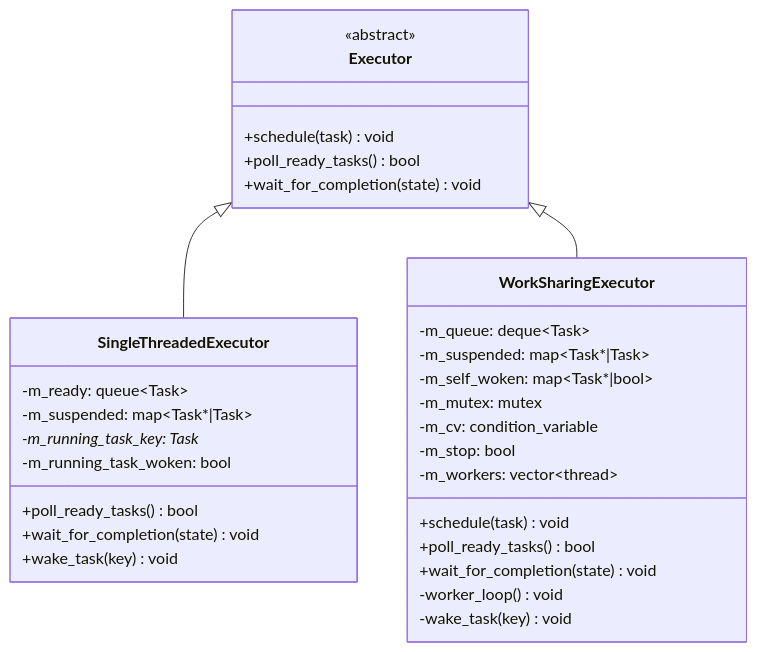
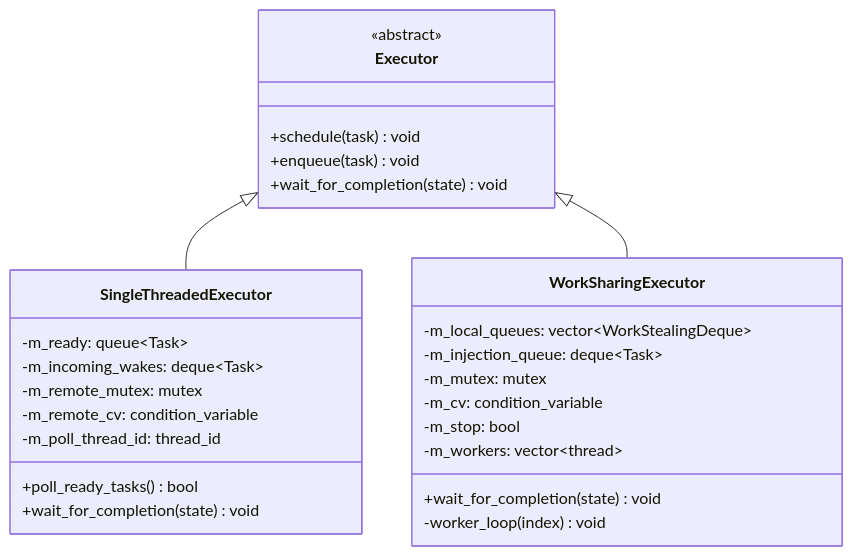
The second of 3 diagrams in doc/executor_design.md (bts164/coro), drawn with Mermaid before and after one commit. The commit also changed other lines of this file and 18 other files, not shown here.

````diff
--- a/doc/executor_design.md
+++ b/doc/executor_design.md
@@ -401,34 +433,30 @@
 ```mermaid
 classDiagram
     class Executor {
         <<abstract>>
         +schedule(task) void
-        +poll_ready_tasks() bool
+        +enqueue(task) void
         +wait_for_completion(state) void
     }
     class SingleThreadedExecutor {
         -m_ready: queue~Task~
-        -m_suspended: map~Task*|Task~
-        -m_running_task_key: Task*
-        -m_running_task_woken: bool
+        -m_incoming_wakes: deque~Task~
+        -m_remote_mutex: mutex
+        -m_remote_cv: condition_variable
+        -m_poll_thread_id: thread_id
         +poll_ready_tasks() bool
         +wait_for_completion(state) void
-        +wake_task(key) void
     }
     class WorkSharingExecutor {
-        -m_queue: deque~Task~
-        -m_suspended: map~Task*|Task~
-        -m_self_woken: map~Task*|bool~
+        -m_local_queues: vector~WorkStealingDeque~
+        -m_injection_queue: deque~Task~
         -m_mutex: mutex
         -m_cv: condition_variable
         -m_stop: bool
         -m_workers: vector~thread~
-        +schedule(task) void
-        +poll_ready_tasks() bool
         +wait_for_completion(state) void
-        -worker_loop() void
-        -wake_task(key) void
+        -worker_loop(index) void
     }
     Executor <|-- SingleThreadedExecutor
     Executor <|-- WorkSharingExecutor
 ```
````
